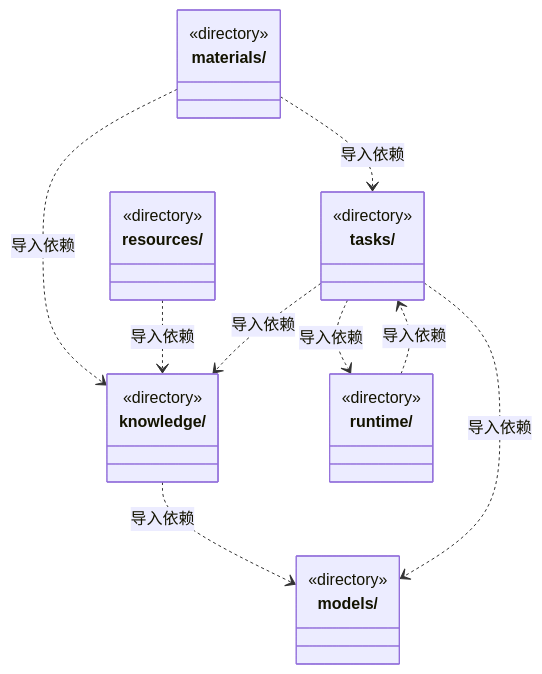
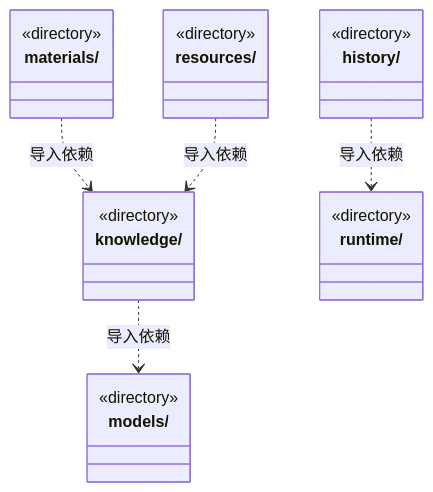
The third of 5 diagrams in src/logic/ARCHITECTURE.md (nan023062/cbim), drawn with Mermaid before and after one commit. The commit also changed other lines of this file and 87 other files, not shown here.

````diff
--- a/src/logic/ARCHITECTURE.md
+++ b/src/logic/ARCHITECTURE.md
@@ -80,29 +81,25 @@
 ```mermaid
 classDiagram
+class N_src_logic_history["history/"] {
+  <<directory>>
+}
 class N_src_logic_knowledge["knowledge/"] {
   <<directory>>
 }
 class N_src_logic_materials["materials/"] {
   <<directory>>
 }
 class N_src_logic_models["models/"] {
   <<directory>>
 }
 class N_src_logic_resources["resources/"] {
   <<directory>>
 }
 class N_src_logic_runtime["runtime/"] {
   <<directory>>
 }
-class N_src_logic_tasks["tasks/"] {
-  <<directory>>
-}
+N_src_logic_history ..> N_src_logic_runtime : 导入依赖
 N_src_logic_knowledge ..> N_src_logic_models : 导入依赖
-N_src_logic_materials ..> N_src_logic_tasks : 导入依赖
 N_src_logic_materials ..> N_src_logic_knowledge : 导入依赖
 N_src_logic_resources ..> N_src_logic_knowledge : 导入依赖
-N_src_logic_runtime ..> N_src_logic_tasks : 导入依赖
-N_src_logic_tasks ..> N_src_logic_models : 导入依赖
-N_src_logic_tasks ..> N_src_logic_knowledge : 导入依赖
-N_src_logic_tasks ..> N_src_logic_runtime : 导入依赖
 ```
````
